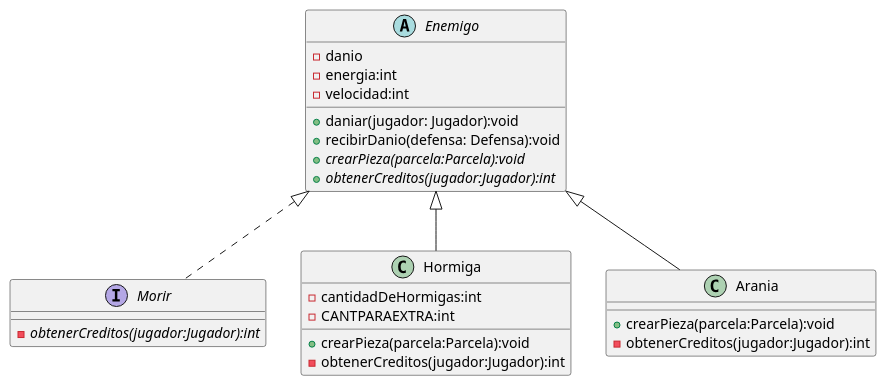
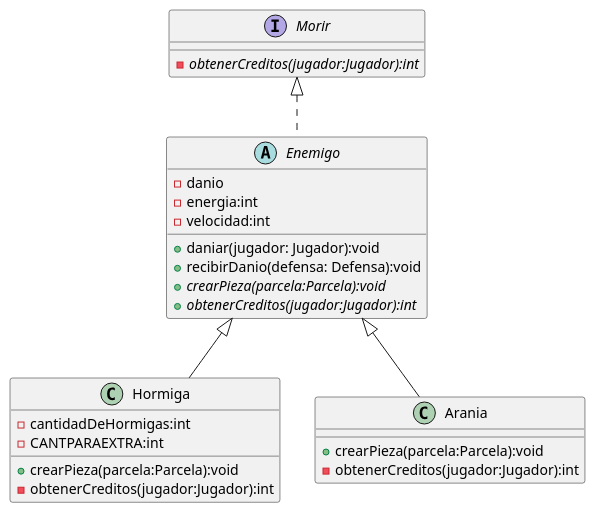
The diagram in diagrams/classes/v2/enemigo.plantuml (lucas96will/algo3_tp2_fiuba), drawn with PlantUML before and after one commit.

```diff
--- a/diagrams/classes/v2/enemigo.plantuml
+++ b/diagrams/classes/v2/enemigo.plantuml
@@ -1,32 +1,32 @@
 @startuml
 
 abstract Enemigo {
     -danio
     -energia:int
     -velocidad:int
     +daniar(jugador: Jugador):void
     +recibirDanio(defensa: Defensa):void
     {abstract}+crearPieza(parcela:Parcela):void
     {abstract} +obtenerCreditos(jugador:Jugador):int
 }
 
 interface Morir {
     {abstract} -obtenerCreditos(jugador:Jugador):int
 }
 
 class Hormiga {
     -cantidadDeHormigas:int
     -CANTPARAEXTRA:int
     +crearPieza(parcela:Parcela):void
     -obtenerCreditos(jugador:Jugador):int
 }
 
 class Arania {
     +crearPieza(parcela:Parcela):void
     -obtenerCreditos(jugador:Jugador):int
 }
 
-Enemigo <|.. Morir
+Morir <|.. Enemigo
 Enemigo <|-- Hormiga
 Enemigo <|-- Arania
 @enduml
```
